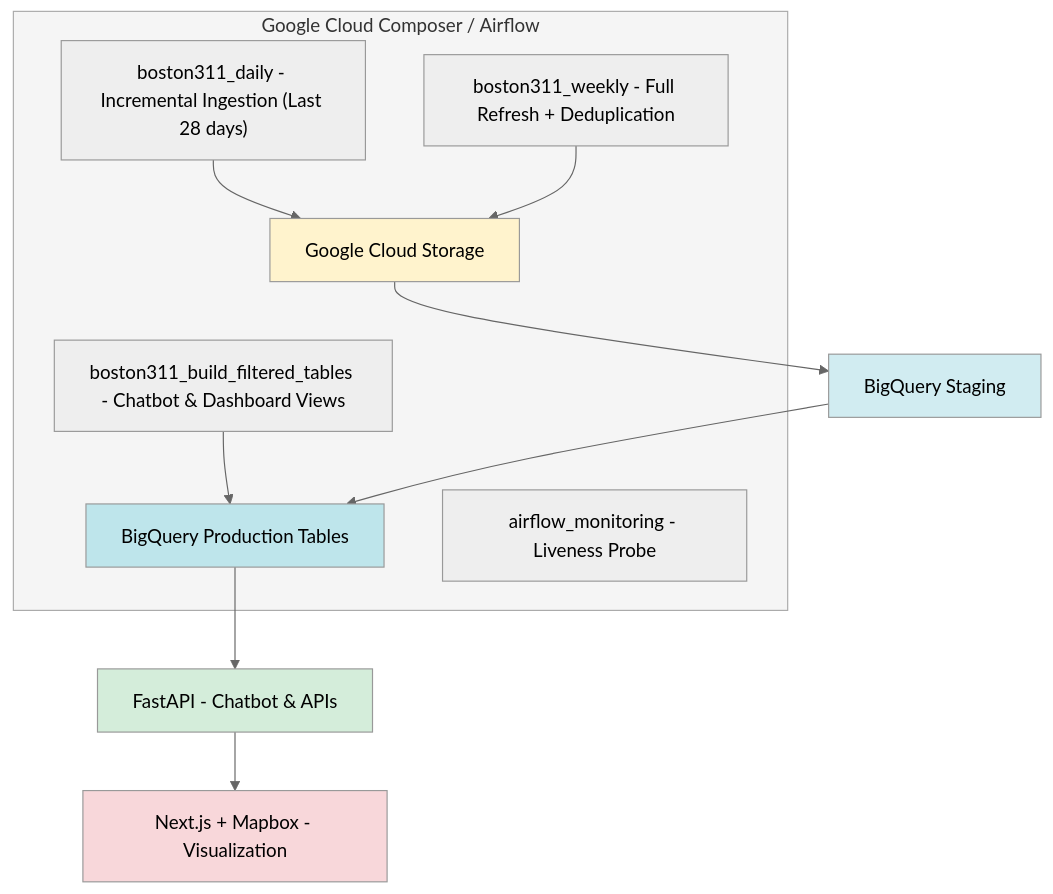
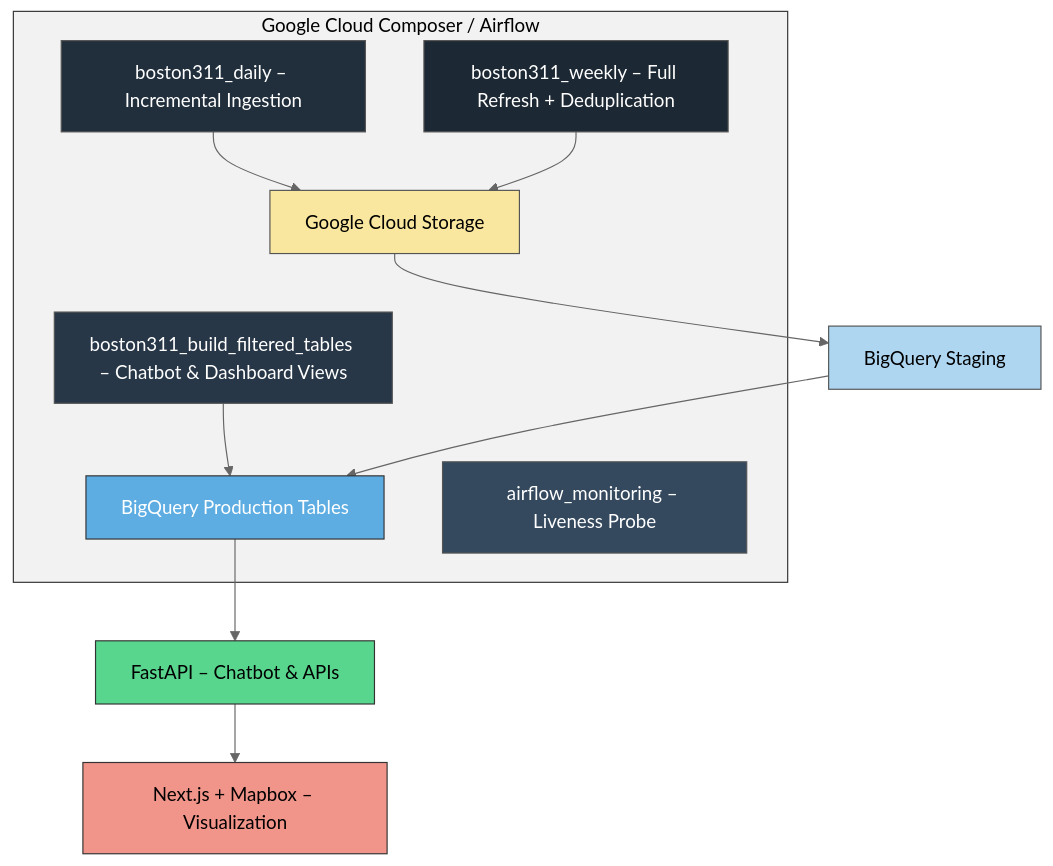
One commit to sharonjennifer/boston-311-ai-system changed the diagram in README.md. Above: the diagram before and after it, drawn with Mermaid (neutral theme). The commit also changed other lines of this file, not shown here.

````diff
--- a/README.md
+++ b/README.md
@@ -20,21 +20,25 @@
 ```mermaid
 flowchart TD
     subgraph Composer["Google Cloud Composer / Airflow"]
-        D1["boston311_daily - Incremental Ingestion (Last 28 days)"] --> GCS["Google Cloud Storage"]
-        D2["boston311_weekly - Full Refresh + Deduplication"] --> GCS
-        D3["boston311_build_filtered_tables - Chatbot & Dashboard Views"] --> BQ2["BigQuery Production Tables"]
-        D4["airflow_monitoring - Liveness Probe"]
+        D1["boston311_daily – Incremental Ingestion "] --> GCS["Google Cloud Storage"]
+        D2["boston311_weekly – Full Refresh + Deduplication"] --> GCS
+        D3["boston311_build_filtered_tables – Chatbot & Dashboard Views"] --> BQ2["BigQuery Production Tables"]
+        D4["airflow_monitoring – Liveness Probe"]
     end
 
     GCS --> BQ1["BigQuery Staging"]
     BQ1 --> BQ2
-    BQ2 --> API["FastAPI - Chatbot & APIs"]
-    API --> WEB["Next.js + Mapbox - Visualization"]
+    BQ2 --> API["FastAPI – Chatbot & APIs"]
+    API --> WEB["Next.js + Mapbox – Visualization"]
 
-    style Composer fill:#f5f5f5,stroke:#aaa,stroke-width:1px
-    style GCS fill:#fff3cd,stroke:#999
-    style BQ1 fill:#d1ecf1,stroke:#999
-    style BQ2 fill:#bee5eb,stroke:#999
-    style API fill:#d4edda,stroke:#999
-    style WEB fill:#f8d7da,stroke:#999
+    style Composer fill:#f2f2f2,stroke:#333,stroke-width:1px,color:#000
+    style GCS fill:#f9e79f,stroke:#555,stroke-width:1px,color:#000
+    style BQ1 fill:#aed6f1,stroke:#555,stroke-width:1px,color:#000
+    style BQ2 fill:#5dade2,stroke:#333,stroke-width:1px,color:#fff
+    style API fill:#58d68d,stroke:#333,stroke-width:1px,color:#000
+    style WEB fill:#f1948a,stroke:#333,stroke-width:1px,color:#000
+    style D1 fill:#212f3c,stroke:#555,stroke-width:1px,color:#fff
+    style D2 fill:#1c2833,stroke:#555,stroke-width:1px,color:#fff
+    style D3 fill:#283747,stroke:#555,stroke-width:1px,color:#fff
+    style D4 fill:#34495e,stroke:#555,stroke-width:1px,color:#fff
 ```
````
